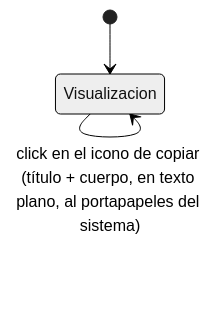
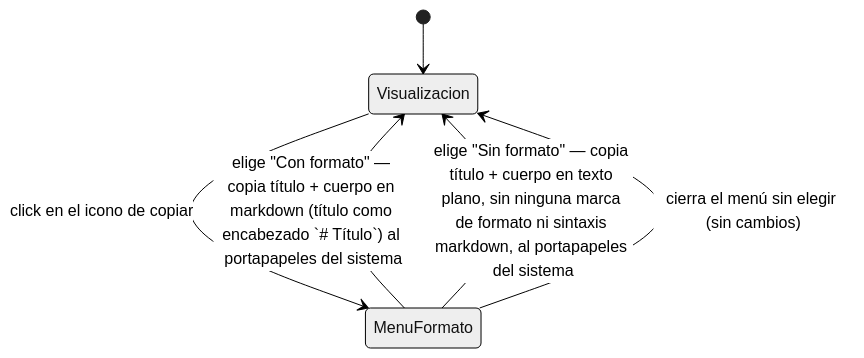
Before and after one commit to yeyopepe/bgfactory: the diagram in changes/inProgress/00196/design_navigation_bloc_notas_copiar_portapapeles.md, drawn with Mermaid (neutral theme). The commit also changed other lines of this file and 9 other files, not shown here.

````diff
--- a/changes/inProgress/00196/design_navigation_bloc_notas_copiar_portapapeles.md
+++ b/changes/inProgress/00196/design_navigation_bloc_notas_copiar_portapapeles.md
@@ -5,6 +5,9 @@
 ```mermaid
 stateDiagram-v2
     [*] --> Visualizacion
 
-    Visualizacion --> Visualizacion : click en el icono de copiar (título + cuerpo, en texto plano, al portapapeles del sistema)
+    Visualizacion --> MenuFormato : click en el icono de copiar
+    MenuFormato --> Visualizacion : elige "Con formato" — copia título + cuerpo en markdown (título como encabezado `# Título`) al portapapeles del sistema
+    MenuFormato --> Visualizacion : elige "Sin formato" — copia título + cuerpo en texto plano, sin ninguna marca de formato ni sintaxis markdown, al portapapeles del sistema
+    MenuFormato --> Visualizacion : cierra el menú sin elegir (sin cambios)
 ```
````
